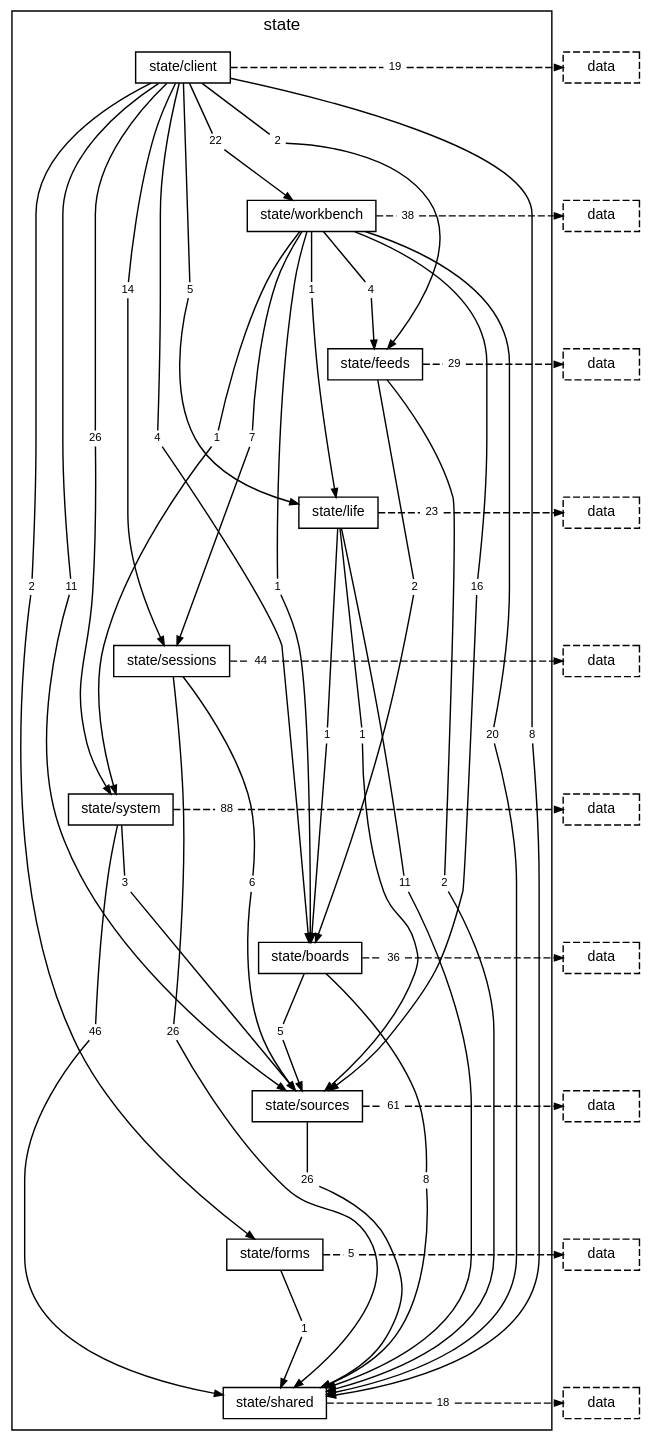
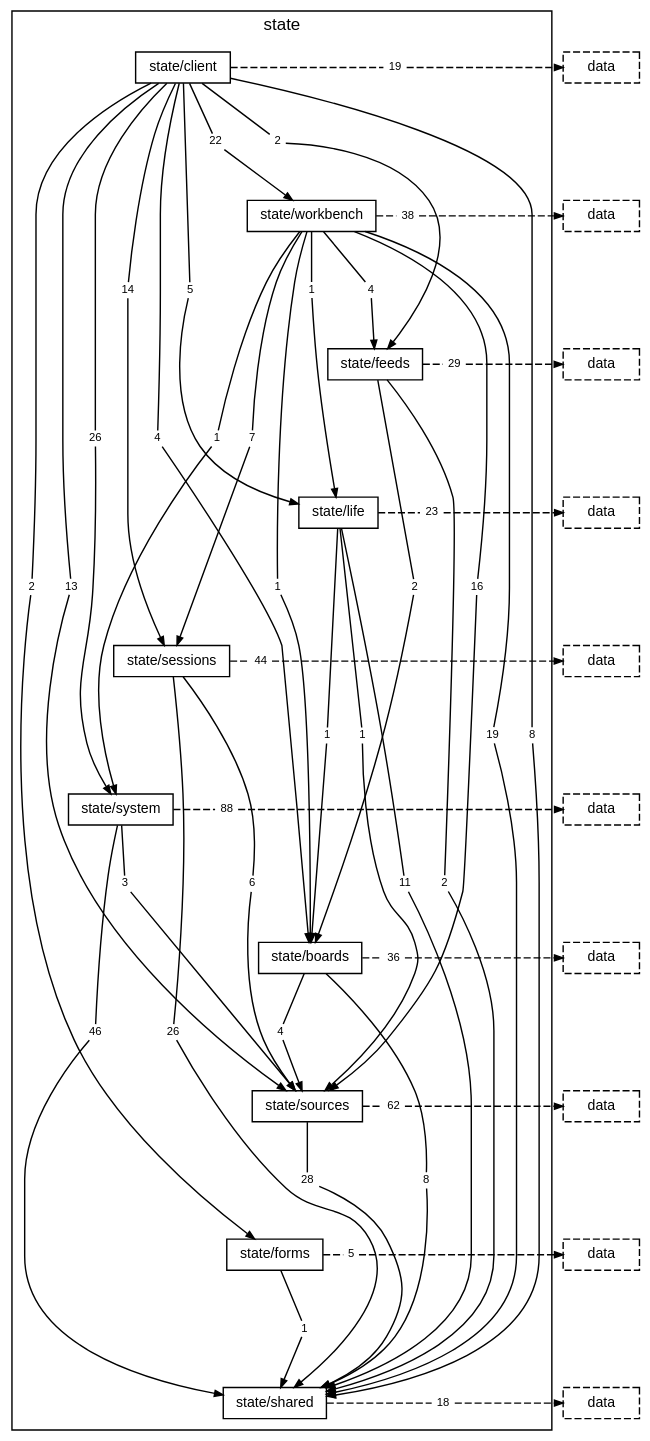
The diagram in docs/diagrams/layer-state.dot (TheAxeC/oculus), drawn with Graphviz before and after one commit. The commit also changed 260 other files, not shown here.

```diff
--- a/docs/diagrams/layer-state.dot
+++ b/docs/diagrams/layer-state.dot
@@ -20,7 +20,7 @@
         "folder state/client to folder state/life" [label="5", shape=box, color="transparent", fontsize=8, width=0, height=0, margin="0.04,0.02"];
         "folder state/client to folder state/sessions" [label="14", shape=box, color="transparent", fontsize=8, width=0, height=0, margin="0.04,0.02"];
         "folder state/client to folder state/shared" [label="8", shape=box, color="transparent", fontsize=8, width=0, height=0, margin="0.04,0.02"];
-        "folder state/client to folder state/sources" [label="11", shape=box, color="transparent", fontsize=8, width=0, height=0, margin="0.04,0.02"];
+        "folder state/client to folder state/sources" [label="13", shape=box, color="transparent", fontsize=8, width=0, height=0, margin="0.04,0.02"];
         "folder state/client to folder state/system" [label="26", shape=box, color="transparent", fontsize=8, width=0, height=0, margin="0.04,0.02"];
         "folder state/client to folder state/workbench" [label="22", shape=box, color="transparent", fontsize=8, width=0, height=0, margin="0.04,0.02"];
         "folder state/client to layer data" [label="19", shape=box, color="transparent", fontsize=8, width=0, height=0, margin="0.04,0.02"];
@@ -28,7 +28,7 @@
         "folder state/workbench to folder state/feeds" [label="4", shape=box, color="transparent", fontsize=8, width=0, height=0, margin="0.04,0.02"];
         "folder state/workbench to folder state/life" [label="1", shape=box, color="transparent", fontsize=8, width=0, height=0, margin="0.04,0.02"];
         "folder state/workbench to folder state/sessions" [label="7", shape=box, color="transparent", fontsize=8, width=0, height=0, margin="0.04,0.02"];
-        "folder state/workbench to folder state/shared" [label="20", shape=box, color="transparent", fontsize=8, width=0, height=0, margin="0.04,0.02"];
+        "folder state/workbench to folder state/shared" [label="19", shape=box, color="transparent", fontsize=8, width=0, height=0, margin="0.04,0.02"];
         "folder state/workbench to folder state/sources" [label="16", shape=box, color="transparent", fontsize=8, width=0, height=0, margin="0.04,0.02"];
         "folder state/workbench to folder state/system" [label="1", shape=box, color="transparent", fontsize=8, width=0, height=0, margin="0.04,0.02"];
         "folder state/workbench to layer data" [label="38", shape=box, color="transparent", fontsize=8, width=0, height=0, margin="0.04,0.02"];
@@ -46,10 +46,10 @@
         "folder state/system to folder state/sources" [label="3", shape=box, color="transparent", fontsize=8, width=0, height=0, margin="0.04,0.02"];
         "folder state/system to layer data" [label="88", shape=box, color="transparent", fontsize=8, width=0, height=0, margin="0.04,0.02"];
         "folder state/boards to folder state/shared" [label="8", shape=box, color="transparent", fontsize=8, width=0, height=0, margin="0.04,0.02"];
-        "folder state/boards to folder state/sources" [label="5", shape=box, color="transparent", fontsize=8, width=0, height=0, margin="0.04,0.02"];
+        "folder state/boards to folder state/sources" [label="4", shape=box, color="transparent", fontsize=8, width=0, height=0, margin="0.04,0.02"];
         "folder state/boards to layer data" [label="36", shape=box, color="transparent", fontsize=8, width=0, height=0, margin="0.04,0.02"];
-        "folder state/sources to folder state/shared" [label="26", shape=box, color="transparent", fontsize=8, width=0, height=0, margin="0.04,0.02"];
-        "folder state/sources to layer data" [label="61", shape=box, color="transparent", fontsize=8, width=0, height=0, margin="0.04,0.02"];
+        "folder state/sources to folder state/shared" [label="28", shape=box, color="transparent", fontsize=8, width=0, height=0, margin="0.04,0.02"];
+        "folder state/sources to layer data" [label="62", shape=box, color="transparent", fontsize=8, width=0, height=0, margin="0.04,0.02"];
         "folder state/forms to folder state/shared" [label="1", shape=box, color="transparent", fontsize=8, width=0, height=0, margin="0.04,0.02"];
         "folder state/forms to layer data" [label="5", shape=box, color="transparent", fontsize=8, width=0, height=0, margin="0.04,0.02"];
         "folder state/shared to layer data" [label="18", shape=box, color="transparent", fontsize=8, width=0, height=0, margin="0.04,0.02"];
```
